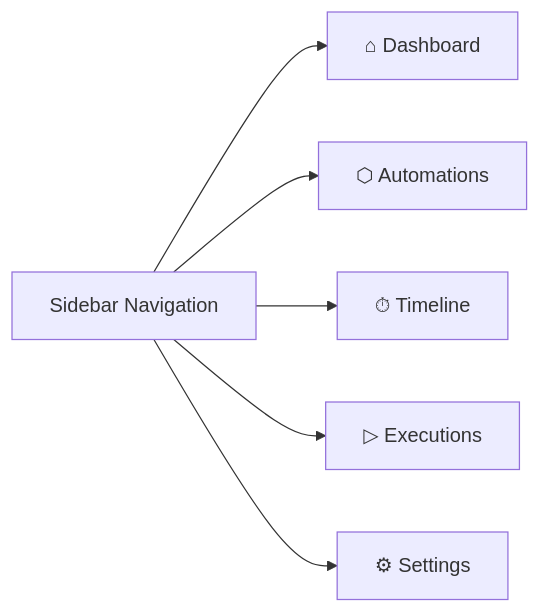
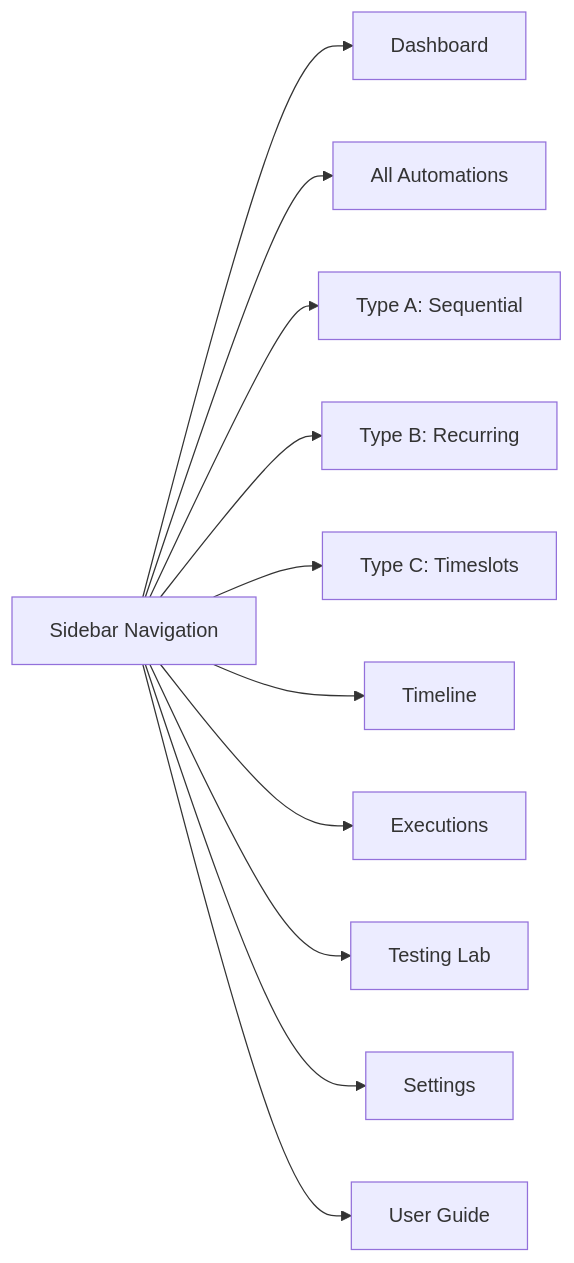
One commit to tailor827/celestial_rose changed the third of 3 diagrams in paradiso/TECHNICAL_DOCUMENTATION.md. Above: the diagram before and after it, drawn with Mermaid. The commit also changed other lines of this file and 103 other files, not shown here.

````diff
--- a/paradiso/TECHNICAL_DOCUMENTATION.md
+++ b/paradiso/TECHNICAL_DOCUMENTATION.md
@@ -155,8 +208,13 @@
 ```mermaid
 graph LR
-    Sidebar[Sidebar Navigation] --> Dash[⌂ Dashboard]
-    Sidebar --> Auto[⬡ Automations]
-    Sidebar --> Time[⏱ Timeline]
-    Sidebar --> Exec[▷ Executions]
-    Sidebar --> Sett[⚙ Settings]
+    Sidebar["Sidebar Navigation"] --> Dash["Dashboard"]
+    Sidebar --> Auto["All Automations"]
+    Sidebar --> LaneA["Type A: Sequential"]
+    Sidebar --> LaneB["Type B: Recurring"]
+    Sidebar --> LaneC["Type C: Timeslots"]
+    Sidebar --> Time["Timeline"]
+    Sidebar --> Exec["Executions"]
+    Sidebar --> Test["Testing Lab"]
+    Sidebar --> Sett["Settings"]
+    Sidebar --> Guide["User Guide"]
 ```
````
